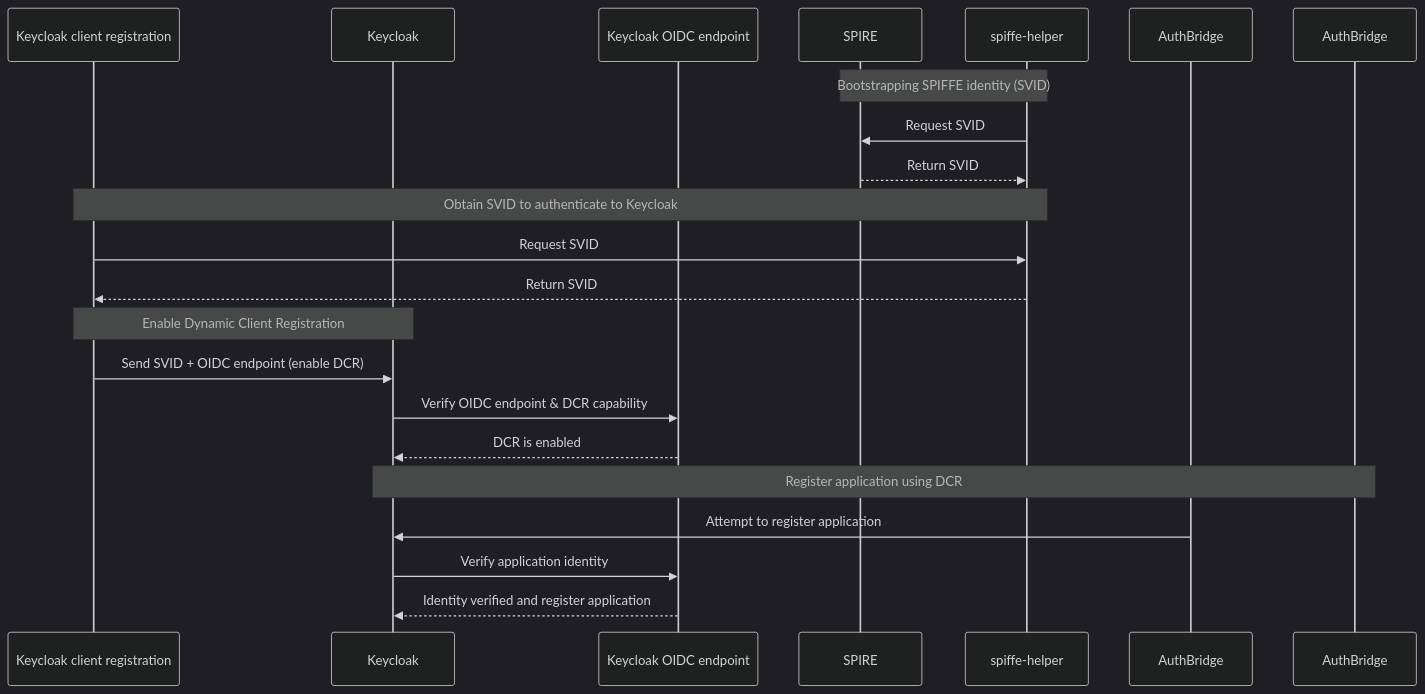
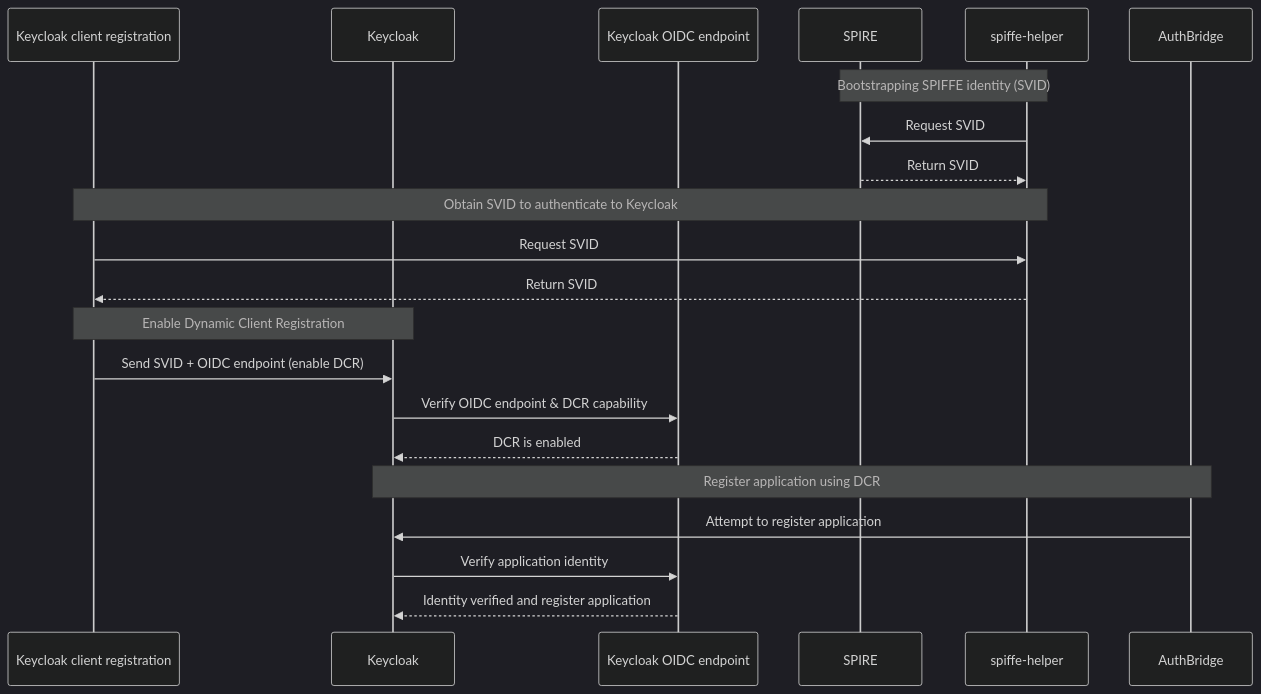
Before and after one commit to pdettori/kagenti: the diagram in docs/diagrams/03-kagenti-client-registration-final.mmd, drawn with Mermaid (dark theme). The commit also changed 1 other file, not shown here.

```diff
--- a/docs/diagrams/03-kagenti-client-registration-final.mmd
+++ b/docs/diagrams/03-kagenti-client-registration-final.mmd
@@ -1,30 +1,30 @@
 sequenceDiagram
     %% Participant order: KCR, KC, OIDC, SPIRE, spiffe-helper, AuthBridge
     participant KCR as Keycloak client registration
     participant KC as Keycloak
     participant OIDC as Keycloak OIDC endpoint
     participant SPIRE as SPIRE
     participant SH as spiffe-helper
     participant AB as AuthBridge
 
     %% (1) Bootstrapping SPIFFE identity (SVID)
     Note over SH,SPIRE: Bootstrapping SPIFFE identity (SVID)
     SH->>SPIRE: Request SVID
     SPIRE-->>SH: Return SVID
 
     %% (2) Obtain SVID to authenticate for KCR
     Note over KCR,SH: Obtain SVID to authenticate to Keycloak
     KCR->>SH: Request SVID
     SH-->>KCR: Return SVID
 
     %% (3) Register application client (enable DCR via OIDC)
     Note over KCR,KC: Enable Dynamic Client Registration
     KCR->>KC: Send SVID + OIDC endpoint (enable DCR)
     KC->>OIDC: Verify OIDC endpoint & DCR capability
     OIDC-->>KC: DCR is enabled
 
     %% (4) AuthBridge self-registration; identity verified via OIDC
-    Note over KC,AuthBridge: Register application using DCR
+    Note over KC,AB: Register application using DCR
     AB->>KC: Attempt to register application
     KC->>OIDC: Verify application identity
     OIDC-->>KC: Identity verified and register application
```
